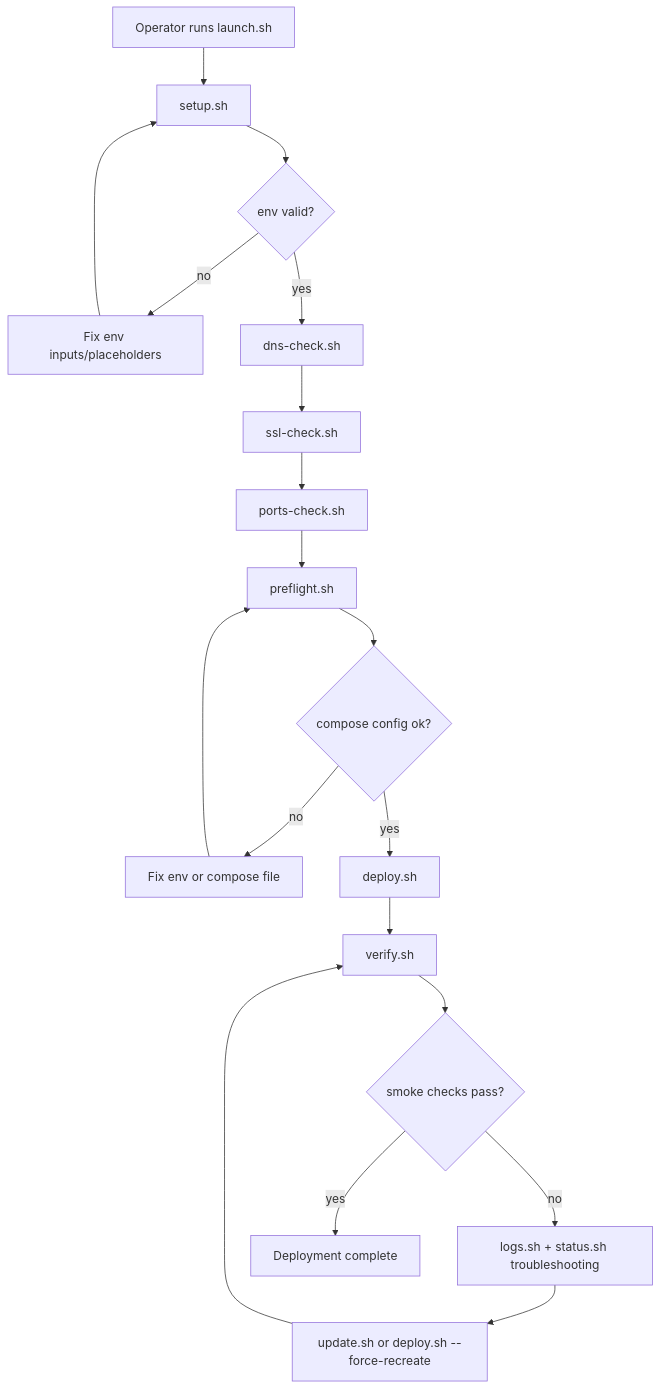
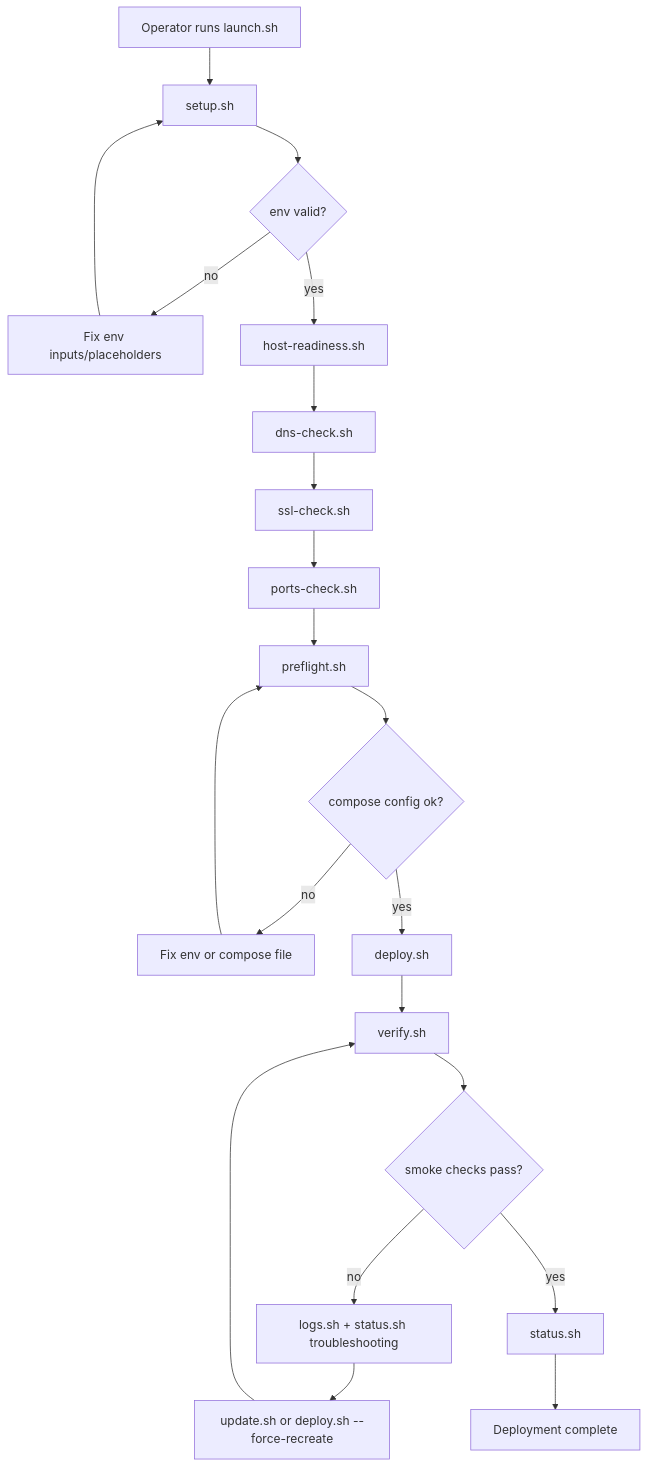
Before and after one commit to AmanVatsSharma/MailZen-Smart-Email-Management: the first of 3 diagrams in deploy/ec2/FLOW.md, drawn with Mermaid. The commit also changed other lines of this file, not shown here.

Commit message:
refresh deployment flowcharts for hardened script workflows

````diff
--- a/deploy/ec2/FLOW.md
+++ b/deploy/ec2/FLOW.md
@@ -8,21 +8,23 @@
 ```mermaid
 flowchart TD
   Start[Operator runs launch.sh] --> Setup[setup.sh]
   Setup --> EnvOK{env valid?}
   EnvOK -- no --> FixEnv[Fix env inputs/placeholders]
   FixEnv --> Setup
-  EnvOK -- yes --> DnsCheck[dns-check.sh]
+  EnvOK -- yes --> HostReady[host-readiness.sh]
+  HostReady --> DnsCheck[dns-check.sh]
   DnsCheck --> SslCheck[ssl-check.sh]
   SslCheck --> PortsCheck[ports-check.sh]
   PortsCheck --> Preflight[preflight.sh]
   Preflight --> ComposeConfig{compose config ok?}
   ComposeConfig -- no --> FixConfig[Fix env or compose file]
   FixConfig --> Preflight
   ComposeConfig -- yes --> Deploy[deploy.sh]
   Deploy --> Verify[verify.sh]
   Verify --> VerifyOK{smoke checks pass?}
   VerifyOK -- no --> Logs[logs.sh + status.sh troubleshooting]
   Logs --> FixAndRedeploy[update.sh or deploy.sh --force-recreate]
   FixAndRedeploy --> Verify
-  VerifyOK -- yes --> Done[Deployment complete]
+  VerifyOK -- yes --> Status[status.sh]
+  Status --> Done[Deployment complete]
 ```
````
